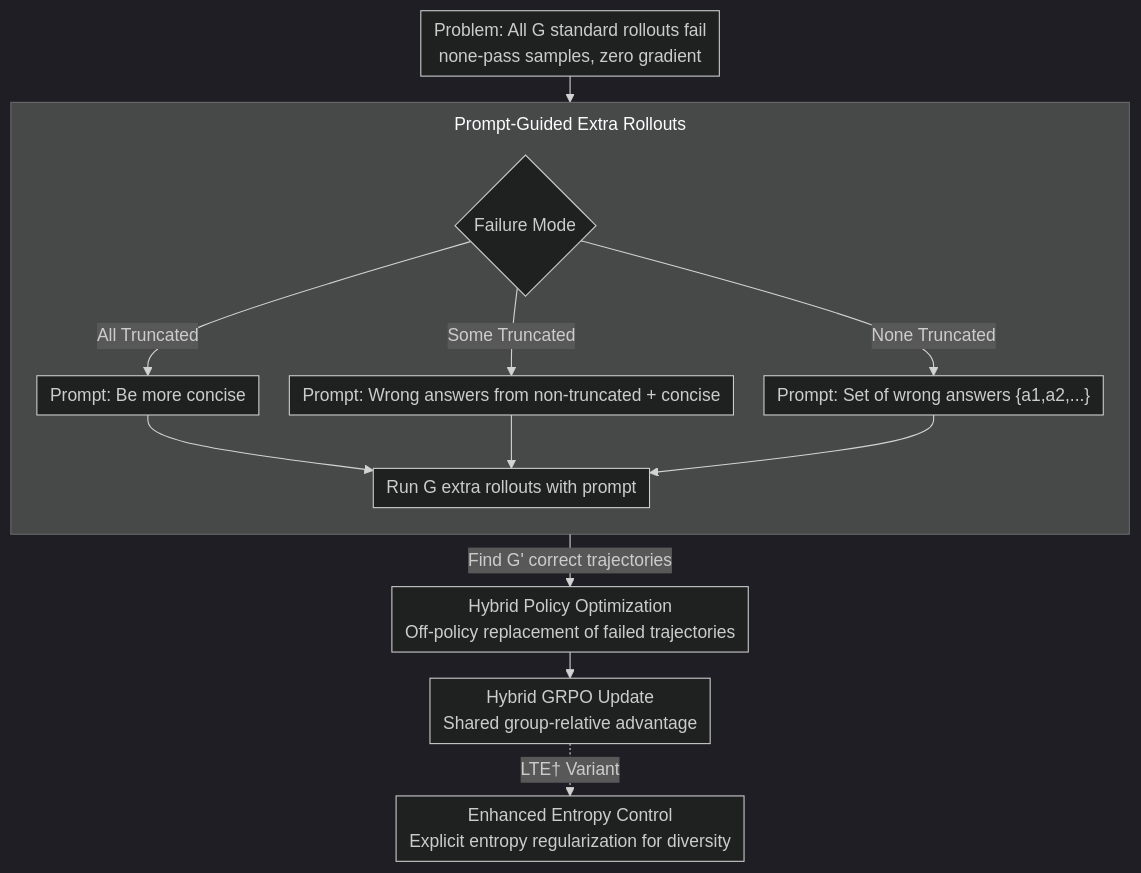
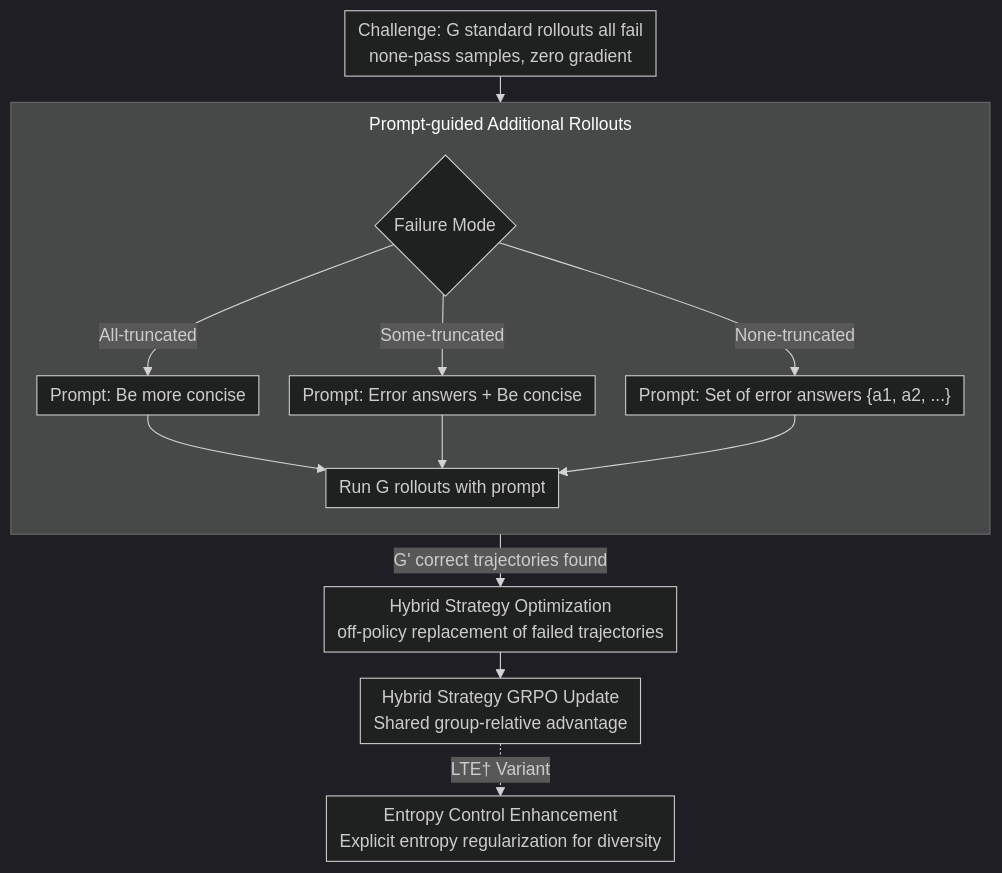
The diagram in docs/ACL2026/llm_reasoning/do_not_step_into_the_same_river_twice_learning_to_reason_from_trial_and_error.md (zhaoyang97/Paper-Notes-en), drawn with Mermaid (dark theme) before and after one commit. The commit also changed other lines of this file and 5084 other files, not shown here.

````diff
--- a/docs/ACL2026/llm_reasoning/do_not_step_into_the_same_river_twice_learning_to_reason_from_trial_and_error.md
+++ b/docs/ACL2026/llm_reasoning/do_not_step_into_the_same_river_twice_learning_to_reason_from_trial_and_error.md
@@ -43,18 +43,18 @@
 ```mermaid
 %%{init: {'flowchart': {'rankSpacing': 24, 'nodeSpacing': 28, 'padding': 6, 'wrappingWidth': 400, 'subGraphTitleMargin': {'top': 8, 'bottom': 16}}}}%%
 flowchart TD
-    A["Problem: All G standard rollouts fail<br/>none-pass samples, zero gradient"] --> PROMPT
-    subgraph PROMPT["Prompt-Guided Extra Rollouts"]
+    A["Challenge: G standard rollouts all fail<br/>none-pass samples, zero gradient"] --> PROMPT
+    subgraph PROMPT["Prompt-guided Additional Rollouts"]
         direction TB
         B{"Failure Mode"}
-        B -->|All Truncated| C["Prompt: Be more concise"]
-        B -->|Some Truncated| D["Prompt: Wrong answers from non-truncated + concise"]
-        B -->|None Truncated| E["Prompt: Set of wrong answers {a1,a2,...}"]
-        C --> F["Run G extra rollouts with prompt"]
+        B -->|All-truncated| C["Prompt: Be more concise"]
+        B -->|Some-truncated| D["Prompt: Error answers + Be concise"]
+        B -->|None-truncated| E["Prompt: Set of error answers {a1, a2, ...}"]
+        C --> F["Run G rollouts with prompt"]
         D --> F
         E --> F
     end
-    PROMPT -->|Find G' correct trajectories| G["Hybrid Policy Optimization<br/>Off-policy replacement of failed trajectories"]
-    G --> H["Hybrid GRPO Update<br/>Shared group-relative advantage"]
-    H -.LTE† Variant.-> I["Enhanced Entropy Control<br/>Explicit entropy regularization for diversity"]
+    PROMPT -->|G' correct trajectories found| G["Hybrid Strategy Optimization<br/>off-policy replacement of failed trajectories"]
+    G --> H["Hybrid Strategy GRPO Update<br/>Shared group-relative advantage"]
+    H -.LTE† Variant.-> I["Entropy Control Enhancement<br/>Explicit entropy regularization for diversity"]
 ```
````
